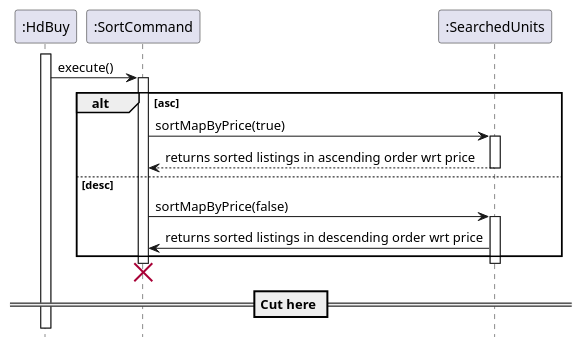
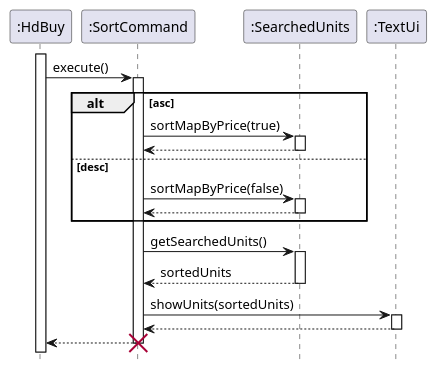
One commit to nus-cs2113-AY2021S1/tp changed the diagram in docs/diagrams/SortCommand.puml. Above: the diagram before and after it, drawn with PlantUML.

Commit message:
Edit sortcommand sequence diagram too

```diff
--- a/docs/diagrams/SortCommand.puml
+++ b/docs/diagrams/SortCommand.puml
@@ -1,20 +1,28 @@
 @startuml
 'https://plantuml.com/sequence-diagram
 hide footbox
 activate ":HdBuy"
 ":HdBuy" -> ":SortCommand": execute()
 activate ":SortCommand"
         alt asc
             ":SortCommand" -> ":SearchedUnits": sortMapByPrice(true)
             activate ":SearchedUnits"
-            ":SortCommand" <-- ":SearchedUnits": returns sorted listings in ascending order wrt price
+            ":SortCommand" <-- ":SearchedUnits":
             deactivate ":SearchedUnits"
         else desc
             ":SortCommand" -> ":SearchedUnits": sortMapByPrice(false)
             activate ":SearchedUnits"
-            ":SortCommand" <- ":SearchedUnits" : returns sorted listings in descending order wrt price
+            ":SortCommand" <-- ":SearchedUnits" :
+            deactivate ":SearchedUnits"
         end
+        ":SortCommand" -> ":SearchedUnits": getSearchedUnits()
+        activate ":SearchedUnits"
+        ":SortCommand" <-- ":SearchedUnits" : sortedUnits
         deactivate ":SearchedUnits"
+        ":SortCommand" -> ":TextUi": showUnits(sortedUnits)
+        activate ":TextUi"
+        ":SortCommand" <-- ":TextUi" :
+        deactivate ":TextUi"
+        ":HdBuy" <--  ":SortCommand"
         destroy ":SortCommand"
-        == Cut here ==
 @enduml
```
